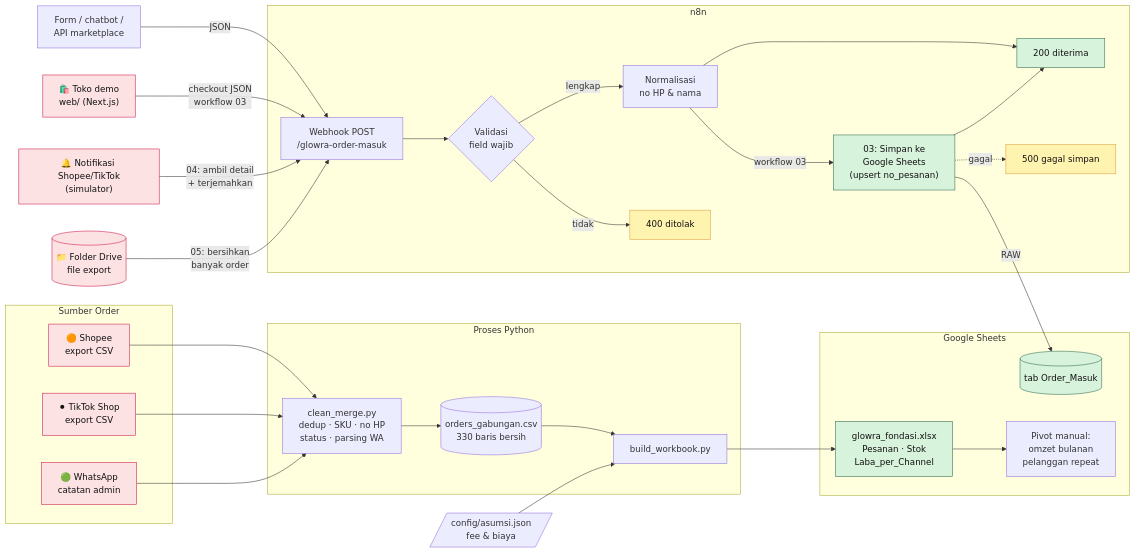
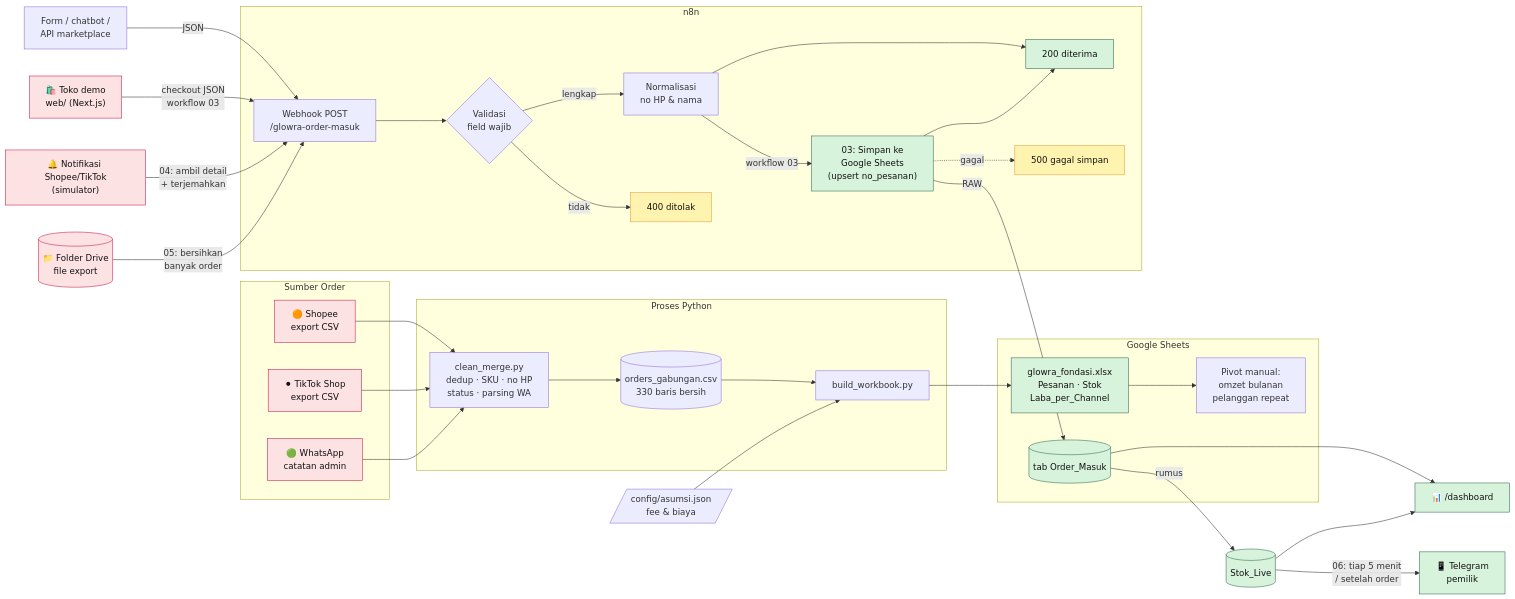
The diagram in README.md (kiekevin27-ux/ordersync-beauty), drawn with Mermaid before and after one commit. The commit also changed other lines of this file and 10 other files, not shown here.

````diff
--- a/README.md
+++ b/README.md
@@ -38,51 +59,53 @@
 ```mermaid
 flowchart LR
     subgraph SUMBER["Sumber Order"]
         SP["🟠 Shopee<br/>export CSV"]
         TT["⚫ TikTok Shop<br/>export CSV"]
         WA["🟢 WhatsApp<br/>catatan admin"]
     end
 
     subgraph PROSES["Proses Python"]
         CM["clean_merge.py<br/>dedup · SKU · no HP<br/>status · parsing WA"]
         OG[("orders_gabungan.csv<br/>330 baris bersih")]
         BW["build_workbook.py"]
     end
 
     CFG[/"config/asumsi.json<br/>fee & biaya"/]
 
     subgraph SHEETS["Google Sheets"]
         XL["glowra_fondasi.xlsx<br/>Pesanan · Stok<br/>Laba_per_Channel"]
         OM[("tab Order_Masuk")]
         PV["Pivot manual:<br/>omzet bulanan<br/>pelanggan repeat"]
     end
 
     subgraph N8N["n8n"]
         WH["Webhook POST<br/>/glowra-order-masuk"]
         VAL{"Validasi<br/>field wajib"}
         NORM["Normalisasi<br/>no HP & nama"]
         R200["200 diterima"]
         R400["400 ditolak"]
         GS["03: Simpan ke<br/>Google Sheets<br/>(upsert no_pesanan)"]
         R500["500 gagal simpan"]
     end
 
     SP & TT & WA --> CM --> OG --> BW --> XL --> PV
     CFG --> BW
     SYS["Form / chatbot /<br/>API marketplace"] -->|JSON| WH --> VAL
     WEB["🛍️ Toko demo<br/>web/ (Next.js)"] -->|"checkout JSON<br/>workflow 03"| WH
     MP["🔔 Notifikasi Shopee/TikTok<br/>(simulator)"] -->|"04: ambil detail<br/>+ terjemahkan"| WH
     DRV[("📁 Folder Drive<br/>file export")] -->|"05: bersihkan<br/>banyak order"| WH
+    OM -->|"rumus"| STK[("Stok_Live")] -->|"06: tiap 5 menit<br/>/ setelah order"| TG["📱 Telegram<br/>pemilik"]
+    OM & STK --> DSB["📊 /dashboard"]
     VAL -- lengkap --> NORM --> R200
     VAL -- tidak --> R400
     NORM -->|workflow 03| GS -->|RAW| OM
     GS --> R200
     GS -. gagal .-> R500
 
     classDef src fill:#fde2e4,stroke:#c9184a,color:#111;
     classDef ok fill:#d8f3dc,stroke:#2d6a4f,color:#111;
     classDef bad fill:#fff3b0,stroke:#e09f3e,color:#111;
     class SP,TT,WA,WEB,MP,DRV src;
-    class R200,XL,OM,GS ok;
+    class R200,XL,OM,GS,STK,TG,DSB ok;
     class R400,R500 bad;
 ```
````
